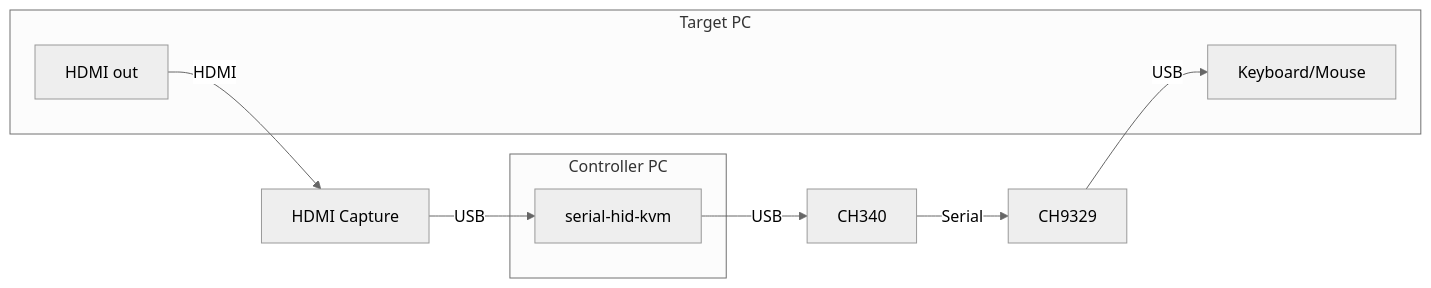
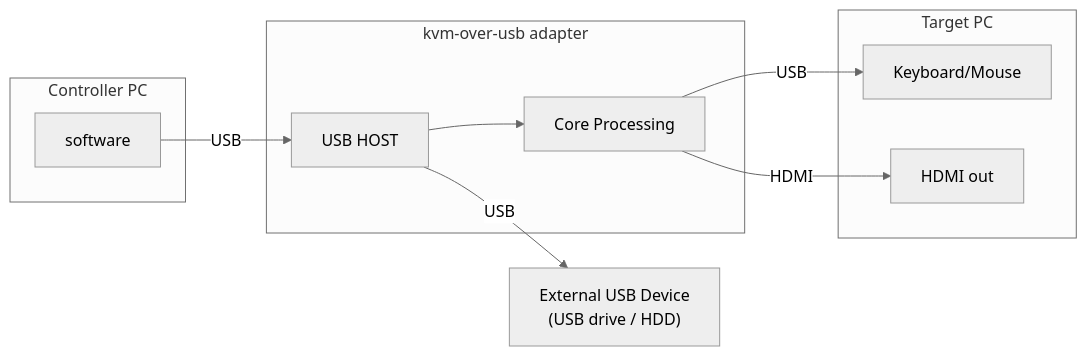
Before and after one commit to cxandy/KvmOverUsb: the diagram in README.md, drawn with Mermaid (neutral theme). The commit also changed other lines of this file, not shown here.

````diff
--- a/README.md
+++ b/README.md
@@ -8,14 +8,23 @@
 ```mermaid
 flowchart LR
     subgraph Controller["Controller PC"]
-        APP[serial-hid-kvm]
+        APP[software]
+    end
+
+    subgraph Middle["kvm-over-usb adapter"]
+        USBHOST[USB HOST]
+        DEVICE[Core Processing]
     end
 
     subgraph Target["Target PC"]
         HID["Keyboard/Mouse"]
         HDMI_OUT["HDMI out"]
     end
 
-    APP -- USB --> CH340 -- Serial --> CH9329 -- USB --> HID
-    HDMI_OUT -- HDMI --> CAP[HDMI Capture] -- USB --> APP
+    APP -- USB --> USBHOST
+    USBHOST --> DEVICE
+    DEVICE -- HDMI --> HDMI_OUT
+    DEVICE -- USB --> HID
+
+    USBHOST -- USB --> EXT["External USB Device<br>(USB drive / HDD)"]
 ```
````
